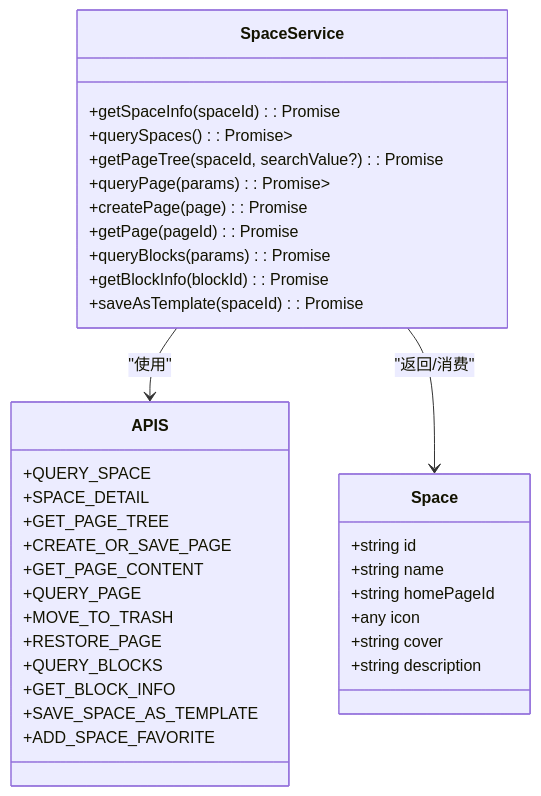
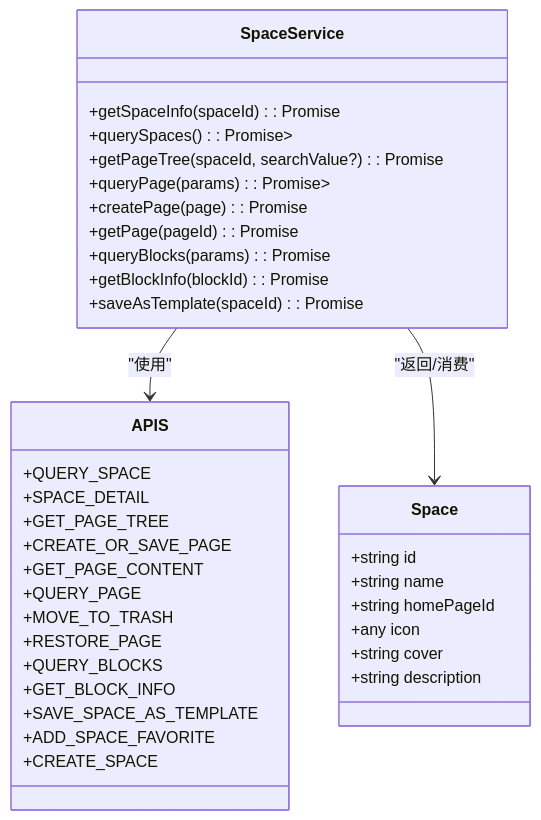
The third of 9 diagrams in .qoder/repowiki/zh/content/功能模块/知识库管理/空间管理.md (LRF0422/Kotion), drawn with Mermaid before and after one commit. The commit also changed other lines of this file and 75 other files, not shown here.

````diff
--- a/.qoder/repowiki/zh/content/功能模块/知识库管理/空间管理.md
+++ b/.qoder/repowiki/zh/content/功能模块/知识库管理/空间管理.md
@@ -163,38 +176,39 @@
 ```mermaid
 classDiagram
 class SpaceService {
 +getSpaceInfo(spaceId) : Promise<Space>
 +querySpaces() : Promise<Page<Space>>
 +getPageTree(spaceId, searchValue?) : Promise<any>
 +queryPage(params) : Promise<Page<any>>
 +createPage(page) : Promise<any>
 +getPage(pageId) : Promise<any>
 +queryBlocks(params) : Promise<any>
 +getBlockInfo(blockId) : Promise<any>
 +saveAsTemplate(spaceId) : Promise<any>
 }
 class Space {
 +string id
 +string name
 +string homePageId
 +any icon
 +string cover
 +string description
 }
 class APIS {
 +QUERY_SPACE
 +SPACE_DETAIL
 +GET_PAGE_TREE
 +CREATE_OR_SAVE_PAGE
 +GET_PAGE_CONTENT
 +QUERY_PAGE
 +MOVE_TO_TRASH
 +RESTORE_PAGE
 +QUERY_BLOCKS
 +GET_BLOCK_INFO
 +SAVE_SPACE_AS_TEMPLATE
 +ADD_SPACE_FAVORITE
++CREATE_SPACE
 }
 SpaceService --> APIS : "使用"
 SpaceService --> Space : "返回/消费"
 ```
````
